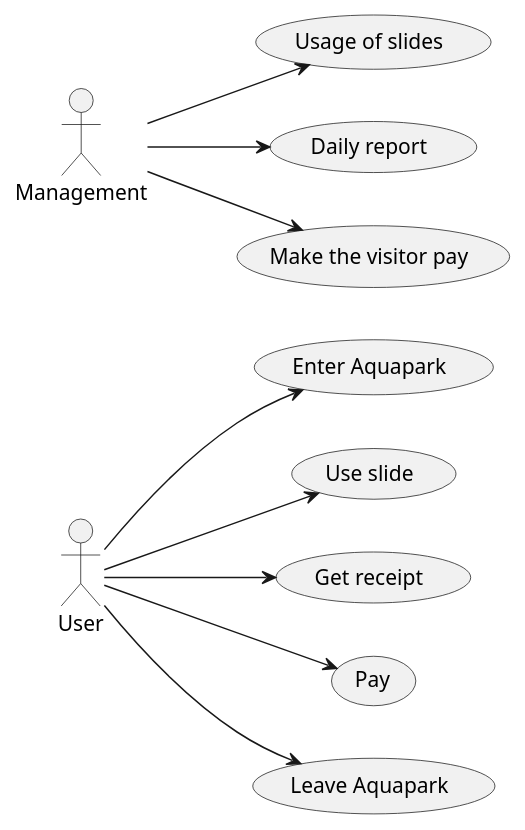
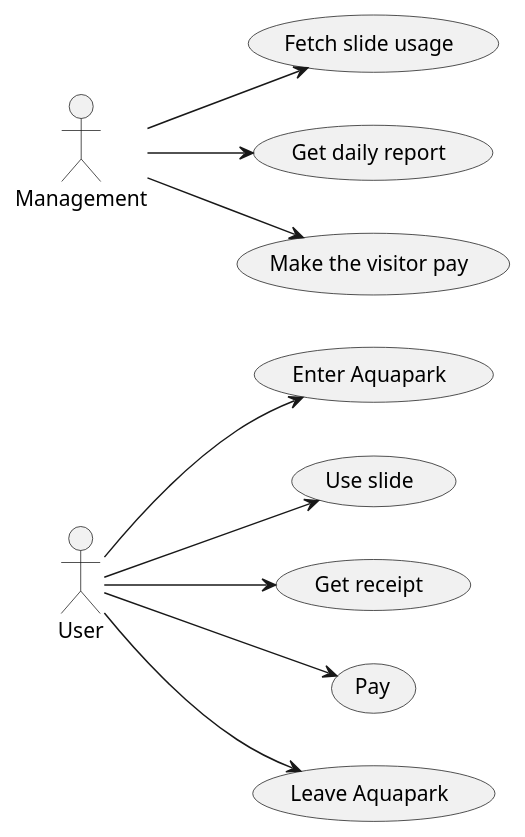
One commit to ZsoltToth/project-templates-spring-react changed the diagram in docs/usecase_code.puml. Above: the diagram before and after it, drawn with PlantUML.

Commit message:
usecase modified to contain only verbs
Ref: #1

```diff
--- a/docs/usecase_code.puml
+++ b/docs/usecase_code.puml
@@ -1,25 +1,25 @@
 @startuml
 left to right direction
 actor :User: as User
 actor :Management: as Management
 
 usecase "Enter Aquapark" as UC1
 usecase "Use slide" as UC2
 usecase "Get receipt" as UC3
 usecase "Pay" as UC4
 usecase "Leave Aquapark" as UC5
-usecase "Usage of slides" as UC6
-usecase "Daily report" as UC7
+usecase "Fetch slide usage" as UC6
+usecase "Get daily report" as UC7
 usecase "Make the visitor pay" as UC8
 
 
 User --> UC1
 User --> UC2
 User --> UC3
 User --> UC4
 User --> UC5
 
 Management --> UC6
 Management --> UC7
 Management --> UC8
 @enduml
```
